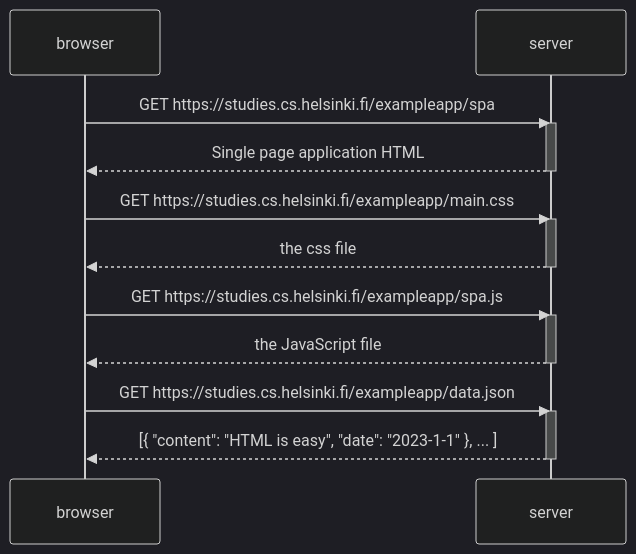
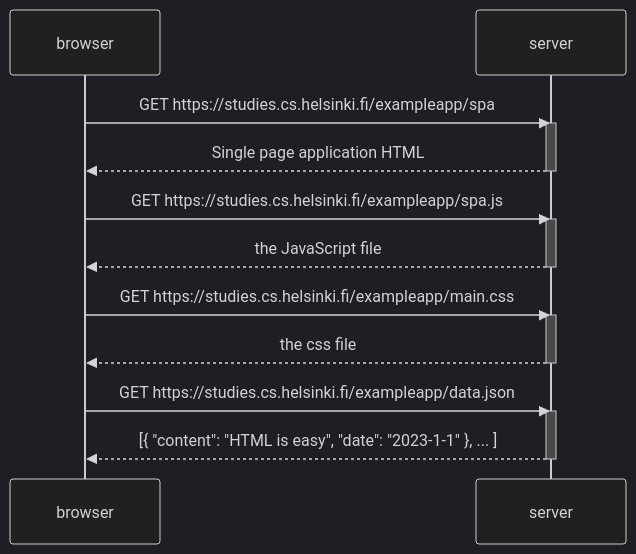
Before and after one commit to sidr467/full-stack-open: the diagram in part0/0.5.md, drawn with Mermaid (dark theme). The commit also changed other lines of this file and 1 other file, not shown here.

````diff
--- a/part0/0.5.md
+++ b/part0/0.5.md
@@ -1,27 +1,27 @@
 ```mermaid
 sequenceDiagram
     participant browser
     participant server
 
     browser->>server: GET https://studies.cs.helsinki.fi/exampleapp/spa
     activate server
     server-->>browser: Single page application HTML
     deactivate server
 
+    browser->>server: GET https://studies.cs.helsinki.fi/exampleapp/spa.js
+    activate server
+    server-->>browser: the JavaScript file
+    deactivate server
+
     browser->>server: GET https://studies.cs.helsinki.fi/exampleapp/main.css
     activate server
     server-->>browser: the css file
-    deactivate server
-
-    browser->>server: GET https://studies.cs.helsinki.fi/exampleapp/spa.js
-    activate server
-    server-->>browser: the JavaScript file
     deactivate server
 
 
     browser->>server: GET https://studies.cs.helsinki.fi/exampleapp/data.json
     activate server
     server-->>browser: [{ "content": "HTML is easy", "date": "2023-1-1" }, ... ]
     deactivate server
 
 ```
````
